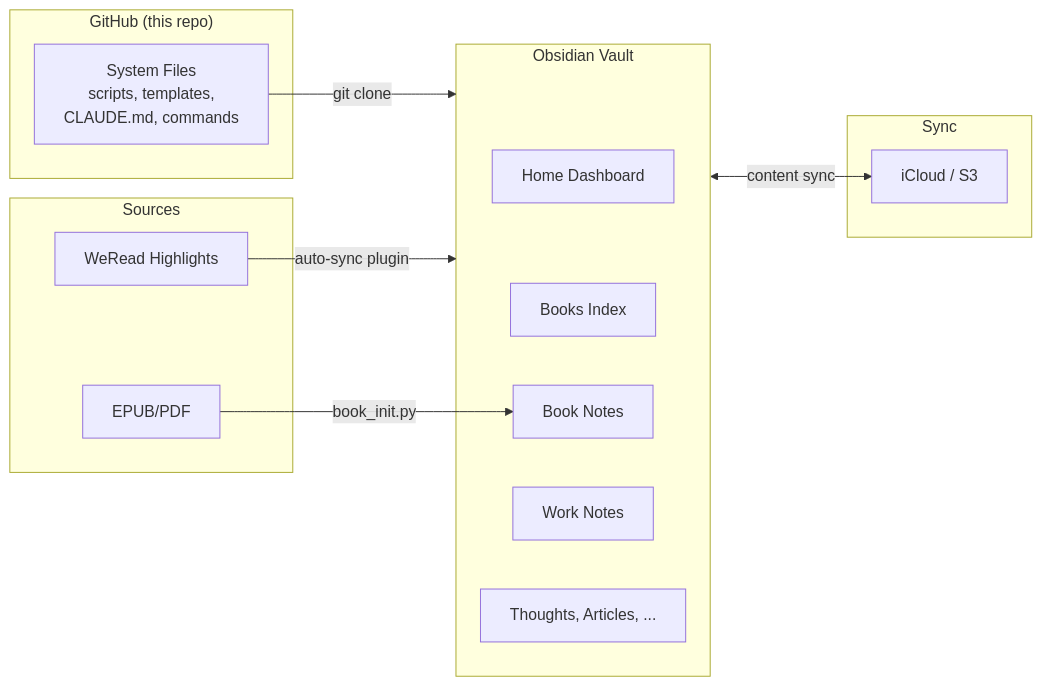
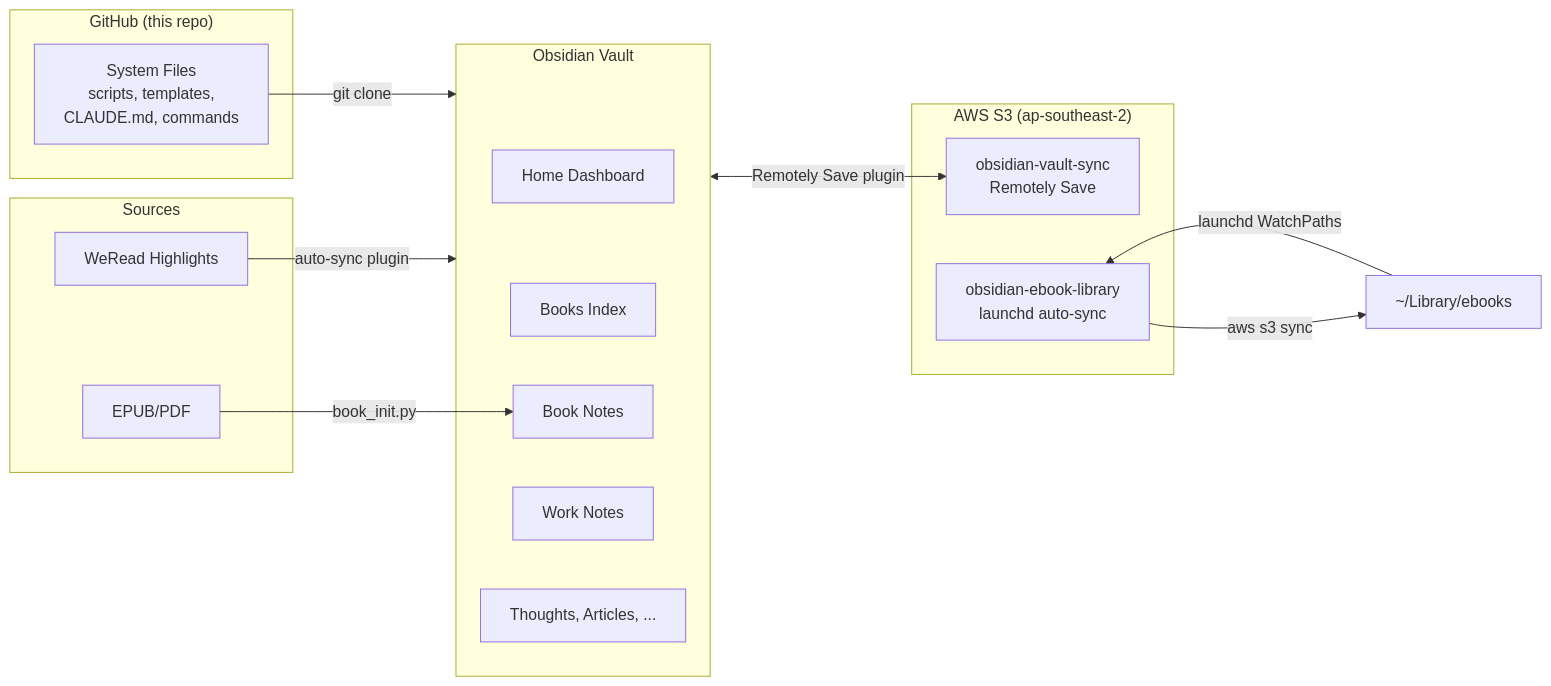
One commit to yepengfan/obsidian-workflow changed the first of 2 diagrams in README.md. Above: the diagram before and after it, drawn with Mermaid. The commit also changed other lines of this file and 3 other files, not shown here.

First line of the commit message:
Add S3 sync setup and remove hardcoded paths

````diff
--- a/README.md
+++ b/README.md
@@ -27,28 +27,31 @@
 ```mermaid
 graph LR
     subgraph Sources
         EPUB[EPUB/PDF]
         WR[WeRead Highlights]
     end
 
     subgraph GitHub["GitHub (this repo)"]
         SYS[System Files<br/>scripts, templates,<br/>CLAUDE.md, commands]
     end
 
     subgraph Vault["Obsidian Vault"]
         HOME[Home Dashboard]
         IDX[Books Index]
         BOOKS[Book Notes]
         WORK[Work Notes]
         OTHER[Thoughts, Articles, ...]
     end
 
-    subgraph Sync
-        IC[iCloud / S3]
+    subgraph AWS["AWS S3 (ap-southeast-2)"]
+        S3V[obsidian-vault-sync<br/>Remotely Save]
+        S3E[obsidian-ebook-library<br/>launchd auto-sync]
     end
 
+    EBOOKS[~/Library/ebooks] -->|launchd WatchPaths| S3E
+    S3E -->|aws s3 sync| EBOOKS
     EPUB -->|book_init.py| BOOKS
     WR -->|auto-sync plugin| Vault
     SYS -->|git clone| Vault
-    Vault <-->|content sync| IC
+    Vault <-->|Remotely Save plugin| S3V
 ```
````
